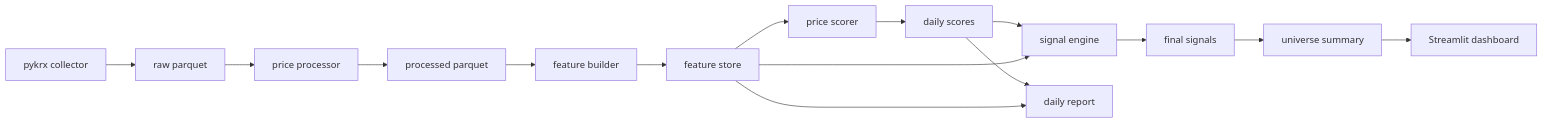
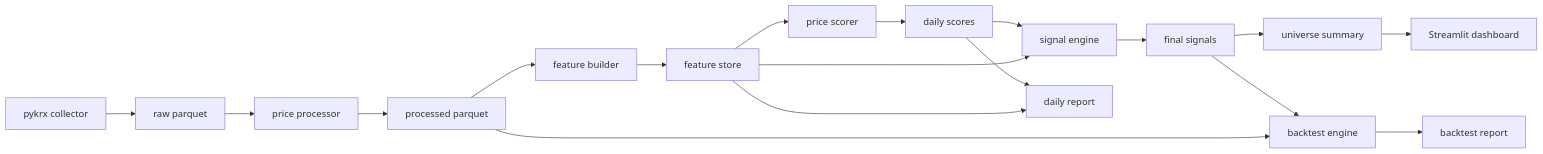
The diagram in README.md (pkb0728-lgtm/krx-alpha-platform), drawn with Mermaid before and after one commit. The commit also changed other lines of this file and 25 other files, not shown here.

Commit message:
Add simple backtest engine

````diff
--- a/README.md
+++ b/README.md
@@ -51,17 +53,20 @@
 ```mermaid
 flowchart LR
     A["pykrx collector"] --> B["raw parquet"]
     B --> C["price processor"]
     C --> D["processed parquet"]
     D --> E["feature builder"]
     E --> F["feature store"]
     F --> G["price scorer"]
     G --> H["daily scores"]
     H --> I["signal engine"]
     F --> I
     I --> J["final signals"]
     H --> K["daily report"]
     F --> K
     J --> L["universe summary"]
     L --> M["Streamlit dashboard"]
+    J --> N["backtest engine"]
+    D --> N
+    N --> O["backtest report"]
 ```
````
